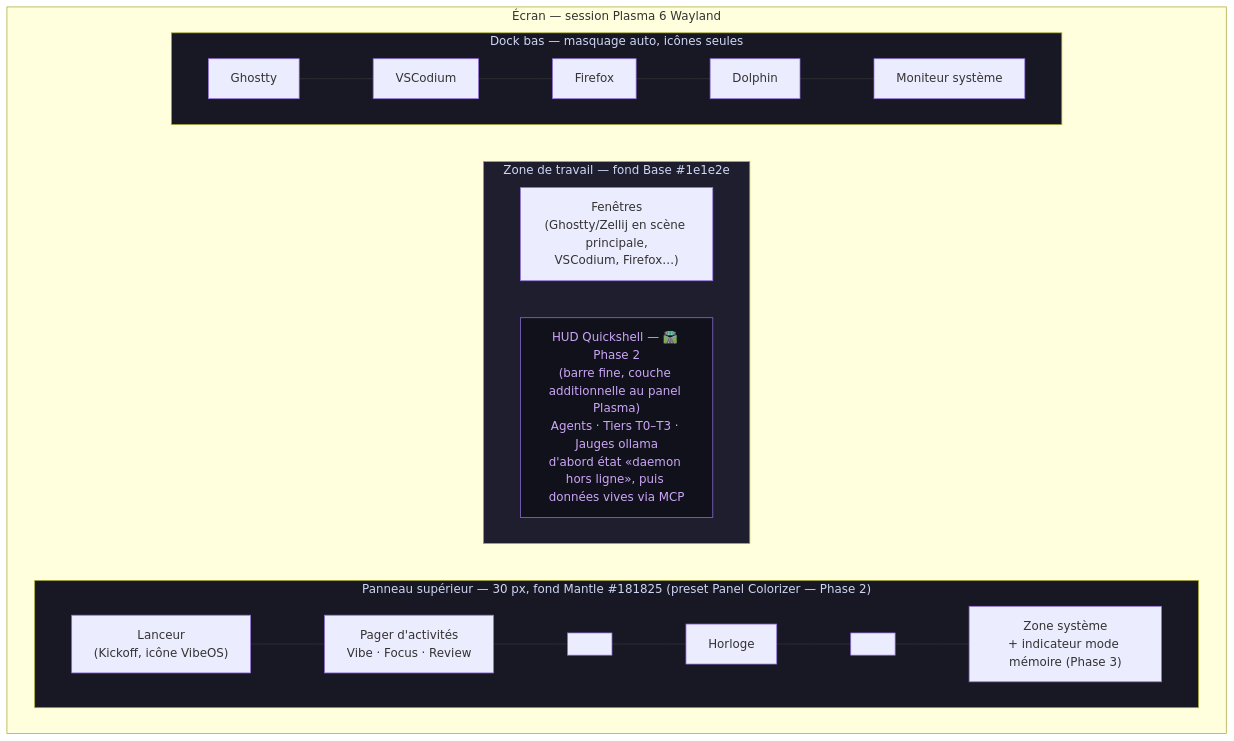
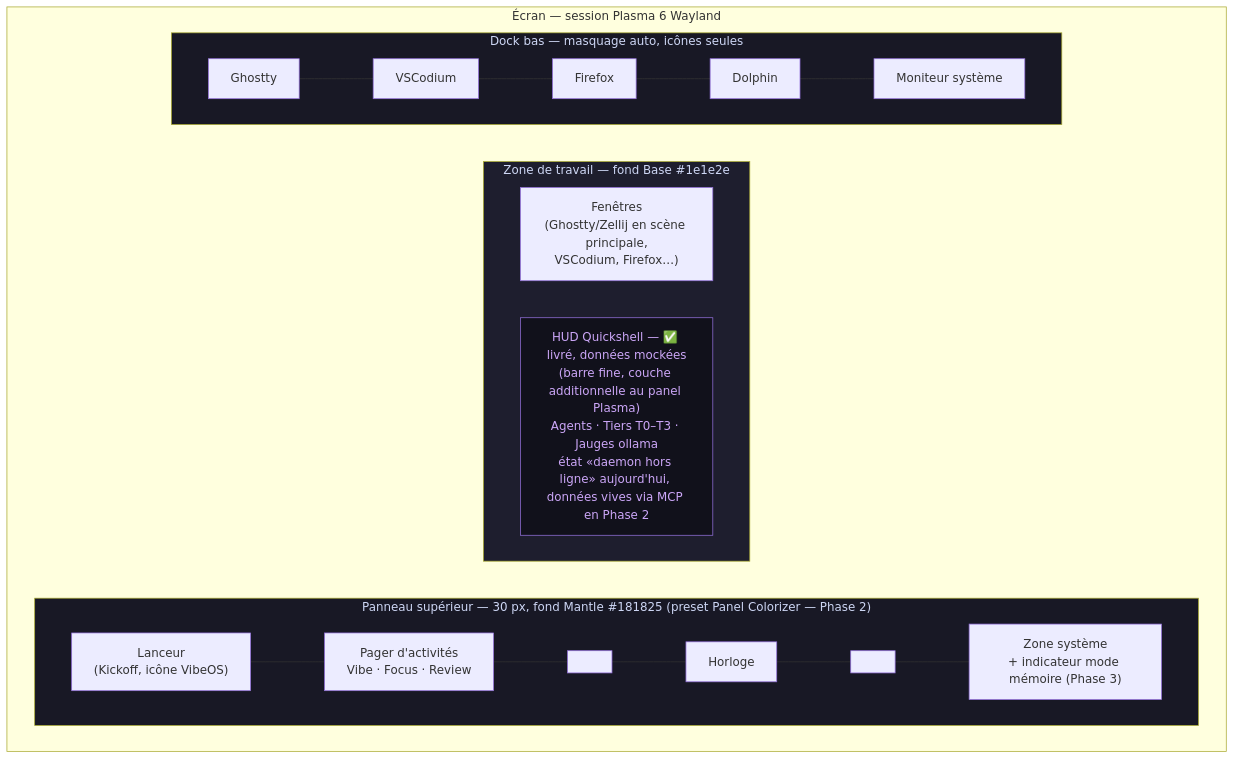
The diagram in docs/DESKTOP.md (Micka420-collab/vibeos), drawn with Mermaid before and after one commit. The commit also changed other lines of this file and 21 other files, not shown here.

First line of the commit message:
Phase 2 : HUD Quickshell câblé + thème par défaut + config MCP client

````diff
--- a/docs/DESKTOP.md
+++ b/docs/DESKTOP.md
@@ -37,22 +37,22 @@
 ```mermaid
 flowchart TB
     subgraph SCREEN["Écran — session Plasma 6 Wayland"]
         subgraph TOP["Panneau supérieur — 30 px, fond Mantle #181825 (preset Panel Colorizer — Phase 2)"]
             direction LR
             K["Lanceur<br/>(Kickoff, icône VibeOS)"] --- ACT["Pager d'activités<br/>Vibe · Focus · Review"] --- SPACER1[" "] --- CLOCK["Horloge"] --- SPACER2[" "] --- TRAY["Zone système<br/>+ indicateur mode mémoire (Phase 3)"]
         end
         subgraph CENTER["Zone de travail — fond Base #1e1e2e"]
             direction LR
             WORK["Fenêtres<br/>(Ghostty/Zellij en scène principale,<br/>VSCodium, Firefox…)"]
-            HUD["HUD Quickshell — 🛣️ Phase 2<br/>(barre fine, couche additionnelle au panel Plasma)<br/>Agents · Tiers T0–T3 · Jauges ollama<br/>d'abord état «daemon hors ligne», puis données vives via MCP"]
+            HUD["HUD Quickshell — ✅ livré, données mockées<br/>(barre fine, couche additionnelle au panel Plasma)<br/>Agents · Tiers T0–T3 · Jauges ollama<br/>état «daemon hors ligne» aujourd'hui, données vives via MCP en Phase 2"]
         end
         subgraph DOCK["Dock bas — masquage auto, icônes seules"]
             direction LR
             D1["Ghostty"] --- D2["VSCodium"] --- D3["Firefox"] --- D4["Dolphin"] --- D5["Moniteur système"]
         end
     end
     style TOP fill:#181825,color:#cdd6f4
     style CENTER fill:#1e1e2e,color:#cdd6f4
     style DOCK fill:#181825,color:#cdd6f4
     style HUD fill:#11111b,color:#cba6f7
 ```
````
